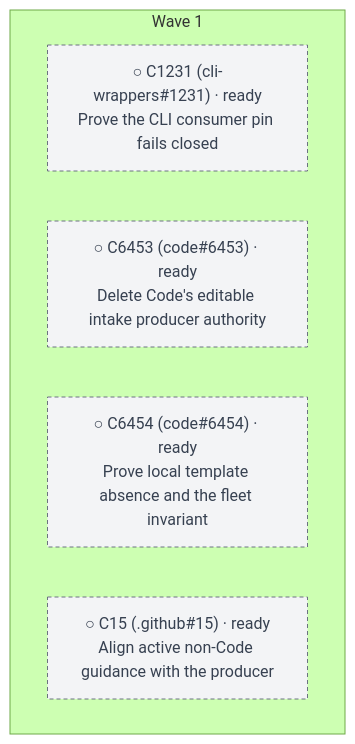
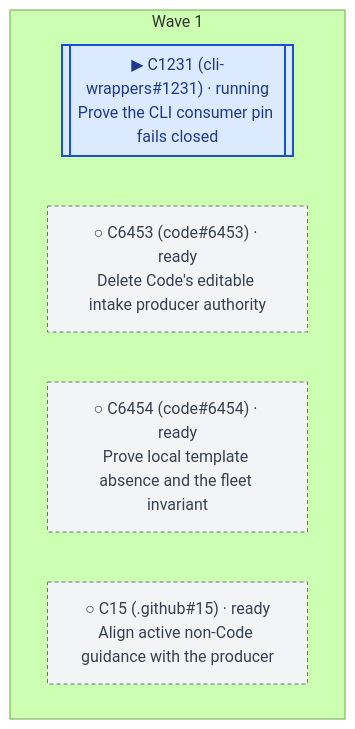
Before and after one commit to spencer-shadley/.github: the diagram in plans/gh13-account-intake-ssot.md, drawn with Mermaid (forest theme). The commit also changed other lines of this file and 1 other file, not shown here.

Commit message:
plan: mark cli-wrappers#1231 seat running on rinnegan
The consumer-pin lane is provider-started as job-1790900747242-08kh4l. Code#6453, code#6454, and .github#15 are waiting on host capacity.

````diff
--- a/plans/gh13-account-intake-ssot.md
+++ b/plans/gh13-account-intake-ssot.md
@@ -47,22 +47,23 @@
 ```mermaid
 flowchart TD
   subgraph W1["Wave 1"]
-    c_c1231["○ C1231 (cli-wrappers#1231) · ready<br/>Prove the CLI consumer pin fails closed"]
+    c_c1231[["▶ C1231 (cli-wrappers#1231) · running<br/>Prove the CLI consumer pin fails closed"]]
     c_c6453["○ C6453 (code#6453) · ready<br/>Delete Code's editable intake producer authority"]
     c_c6454["○ C6454 (code#6454) · ready<br/>Prove local template absence and the fleet invariant"]
     c_c15["○ C15 (.github#15) · ready<br/>Align active non-Code guidance with the producer"]
   end
   classDef ready fill:#f3f4f6,stroke:#6b7280,stroke-width:1px,stroke-dasharray:4 3,color:#374151
   classDef running fill:#dbeafe,stroke:#1d4ed8,stroke-width:2px,color:#1e3a8a
   classDef pr_open fill:#fef9c3,stroke:#a16207,stroke-width:2px,color:#713f12
   classDef approved fill:#ecfccb,stroke:#4d7c0f,stroke-width:2px,color:#365314
   classDef blocked fill:#fee2e2,stroke:#b91c1c,stroke-width:2px,color:#7f1d1d
   classDef merged fill:#d1fae5,stroke:#047857,stroke-width:2px,color:#064e3b
   classDef done fill:#d1fae5,stroke:#047857,stroke-width:2px,color:#064e3b
   classDef external fill:#fff7ed,stroke:#c2410c,stroke-width:2px,stroke-dasharray:6 3,color:#7c2d12
-  class c_c1231,c_c6453,c_c6454,c_c15 ready
+  class c_c6453,c_c6454,c_c15 ready
+  class c_c1231 running
   click c_c1231 href "https://github.com/spencer-shadley/cli-wrappers/issues/1231" "C1231 — cli-wrappers#1231" _blank
   click c_c6453 href "https://github.com/spencer-shadley/code/issues/6453" "C6453 — code#6453" _blank
   click c_c6454 href "https://github.com/spencer-shadley/code/issues/6454" "C6454 — code#6454" _blank
   click c_c15 href "https://github.com/spencer-shadley/.github/issues/15" "C15 — .github#15" _blank
 ```
````
